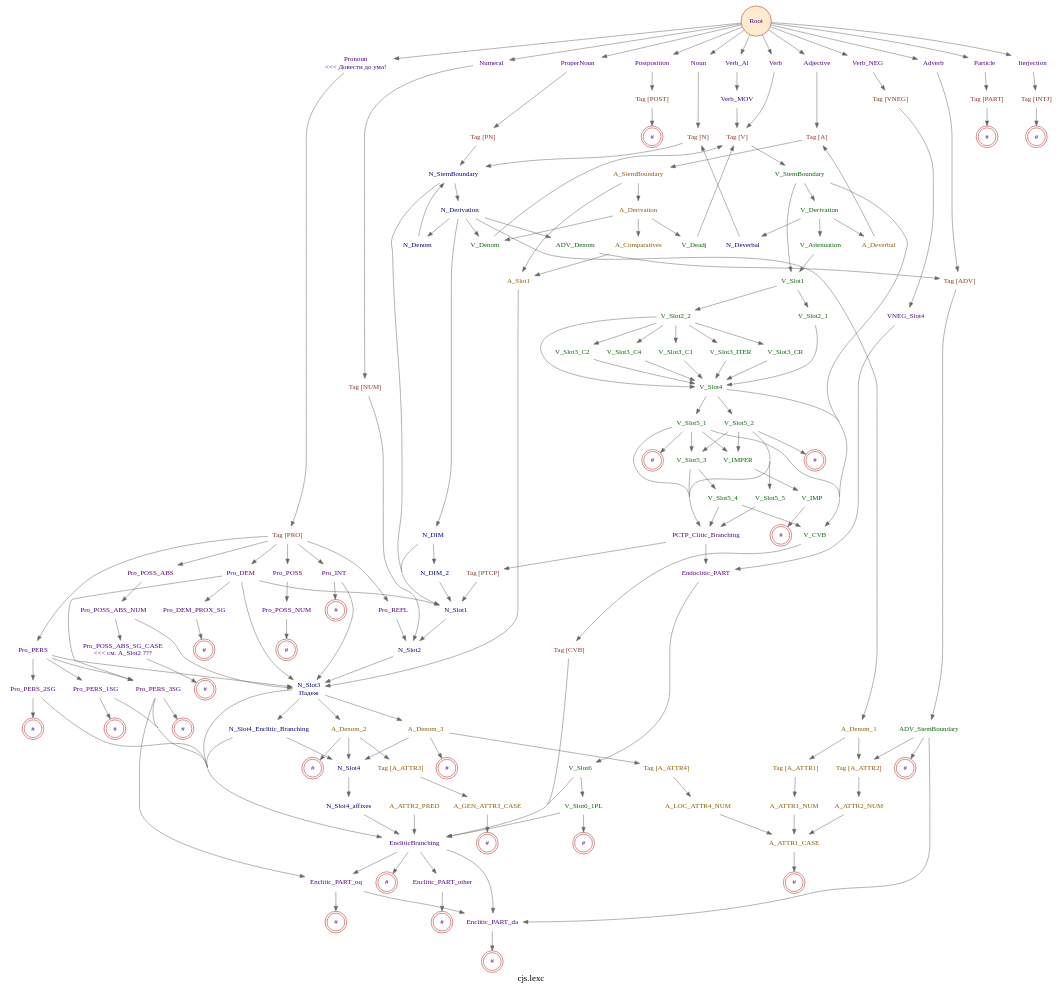
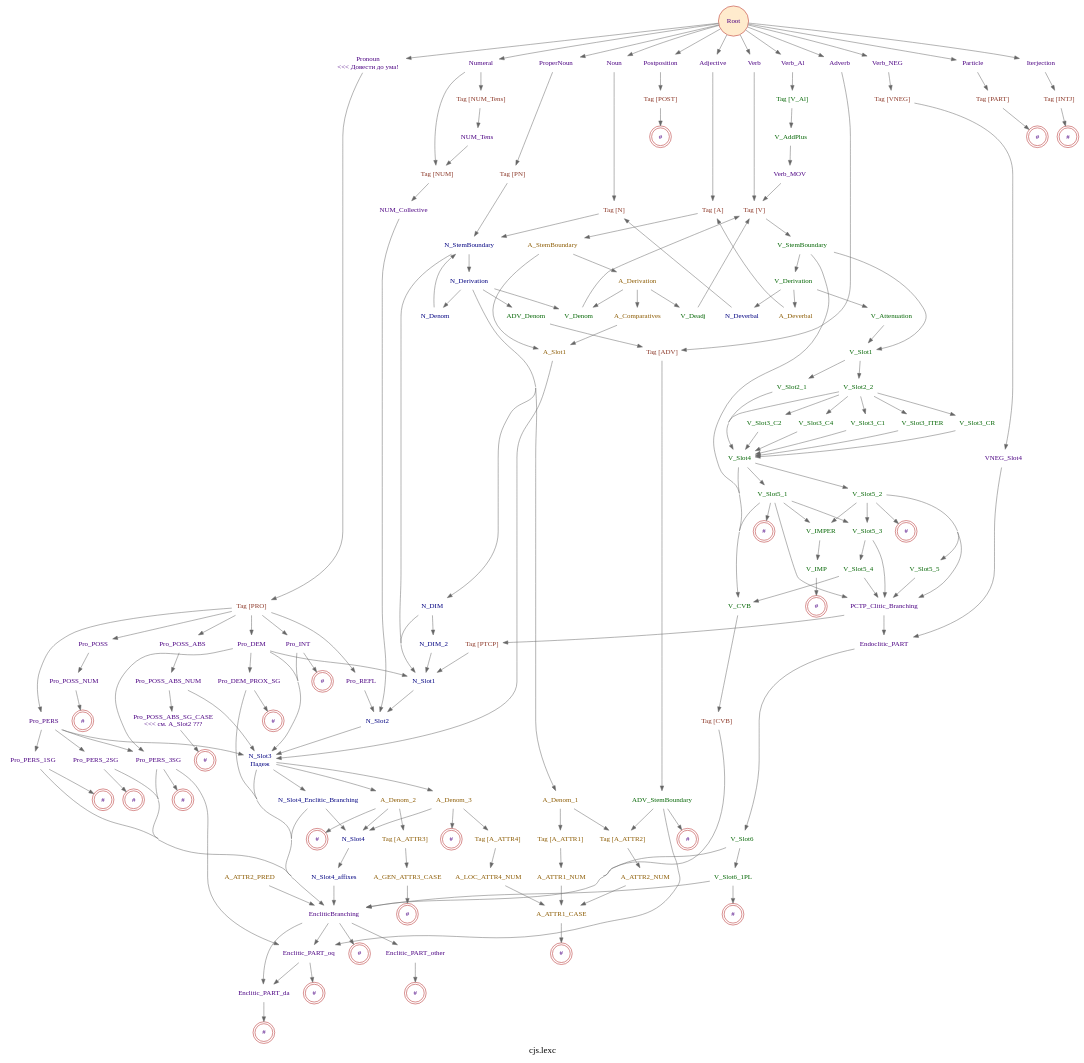
The diagram in doc/cjs.lexc.gv (kyrill-shakhovtsov/cjs-morphology-fst), drawn with Graphviz before and after one commit. The commit also changed 38 other files, not shown here.

```diff
--- a/doc/cjs.lexc.gv
+++ b/doc/cjs.lexc.gv
@@ -11,15 +11,6 @@
 		shape=none
 	];
 	edge [color=gray40];
-	subgraph Tags {
-		graph [rank=same];
-		Tag_N	[fontcolor=tomato4,
-			label="Tag [N]"];
-		Tag_V	[fontcolor=tomato4,
-			label="Tag [V]"];
-		Tag_A	[fontcolor=tomato4,
-			label="Tag [A]"];
-	}
 	subgraph POS {
 		graph [rank=same];
 		Noun	[label=Noun];
@@ -34,6 +25,15 @@
 		Adverb	[label=Adverb];
 		Particle	[label=Particle];
 		Iterjection	[label=Iterjection];
+	}
+	subgraph Tags {
+		graph [rank=same];
+		Tag_N	[fontcolor=tomato4,
+			label="Tag [N]"];
+		Tag_V	[fontcolor=tomato4,
+			label="Tag [V]"];
+		Tag_A	[fontcolor=tomato4,
+			label="Tag [A]"];
 	}
 	Root	[color=firebrick,
 		fillcolor=blanchedalmond,
@@ -66,9 +66,13 @@
 	Tag_NUM	[fontcolor=tomato4,
 		label="Tag [NUM]"];
 	Numeral -> Tag_NUM;
+	Tag_NUM_Tens	[fontcolor=tomato4,
+		label="Tag [NUM_Tens]"];
+	Numeral -> Tag_NUM_Tens;
 	Verb -> Tag_V;
-	Verb_MOV	[label=Verb_MOV];
-	Verb_Al -> Verb_MOV;
+	Tag_V_Al	[fontcolor=darkgreen,
+		label="Tag [V_Al]"];
+	Verb_Al -> Tag_V_Al;
 	Tag_VNEG	[fontcolor=tomato4,
 		label="Tag [VNEG]"];
 	Verb_NEG -> Tag_VNEG;
@@ -92,6 +96,10 @@
 	V_StemBoundary	[fontcolor=darkgreen,
 		label=V_StemBoundary];
 	Tag_V -> V_StemBoundary;
+	V_AddPlus	[fontcolor=darkgreen,
+		label=V_AddPlus];
+	Tag_V_Al -> V_AddPlus;
+	Verb_MOV	[label=Verb_MOV];
 	Verb_MOV -> Tag_V;
 	VNEG_Slot4	[label=VNEG_Slot4];
 	Tag_VNEG -> VNEG_Slot4;
@@ -109,9 +117,10 @@
 		label="#",
 		shape=doublecircle];
 	Tag_PART -> "Tag_PART_#";
-	N_Slot2	[fontcolor=navy,
-		label=N_Slot2];
-	Tag_NUM -> N_Slot2;
+	NUM_Collective	[label=NUM_Collective];
+	Tag_NUM -> NUM_Collective;
+	NUM_Tens	[label=NUM_Tens];
+	Tag_NUM_Tens -> NUM_Tens;
 	V_Derivation	[fontcolor=darkgreen,
 		label=V_Derivation];
 	V_StemBoundary -> V_Derivation;
@@ -243,7 +252,10 @@
 		shape=doublecircle];
 	V_Slot6_1PL -> "V_Slot6_1PL_#";
 	Tag_CVB -> EncliticBranching;
+	N_Slot2	[fontcolor=navy,
+		label=N_Slot2];
 	N_Slot1 -> N_Slot2;
+	V_AddPlus -> Verb_MOV;
 	Enclitic_PART_oq -> Enclitic_PART_da;
 	"Enclitic_PART_oq_#"	[color=firebrick,
 		label="#",
@@ -257,7 +269,7 @@
 		label="#",
 		shape=doublecircle];
 	Enclitic_PART_da -> "Enclitic_PART_da_#";
-	ADV_StemBoundary -> Enclitic_PART_da;
+	ADV_StemBoundary -> Enclitic_PART_oq;
 	Tag_A_ATTR2	[fontcolor=orange4,
 		label="Tag [A_ATTR2]"];
 	ADV_StemBoundary -> Tag_A_ATTR2;
@@ -438,8 +450,11 @@
 		label="#",
 		shape=doublecircle];
 	Pro_POSS_ABS_SG_CASE -> "Pro_POSS_ABS_SG_CASE_#";
+	Pro_DEM_PROX_SG -> EncliticBranching;
 	"Pro_DEM_PROX_SG_#"	[color=firebrick,
 		label="#",
 		shape=doublecircle];
 	Pro_DEM_PROX_SG -> "Pro_DEM_PROX_SG_#";
+	NUM_Collective -> N_Slot2;
+	NUM_Tens -> Tag_NUM;
 }
```
